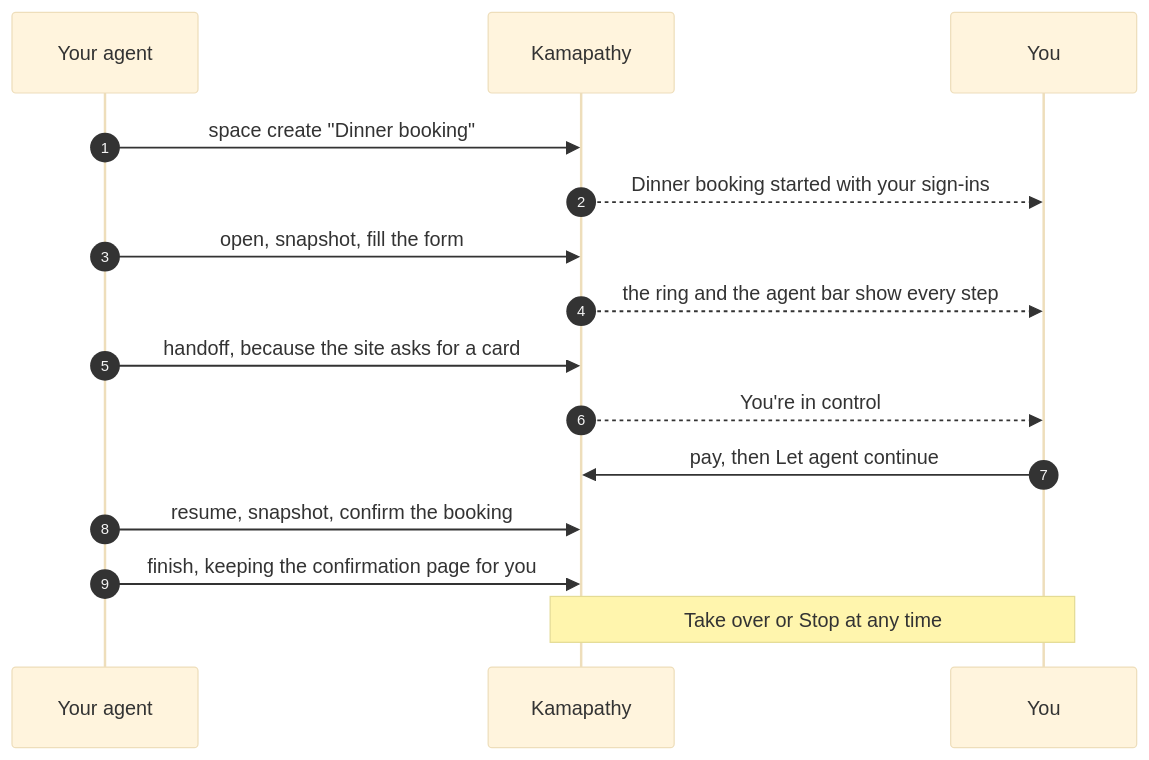
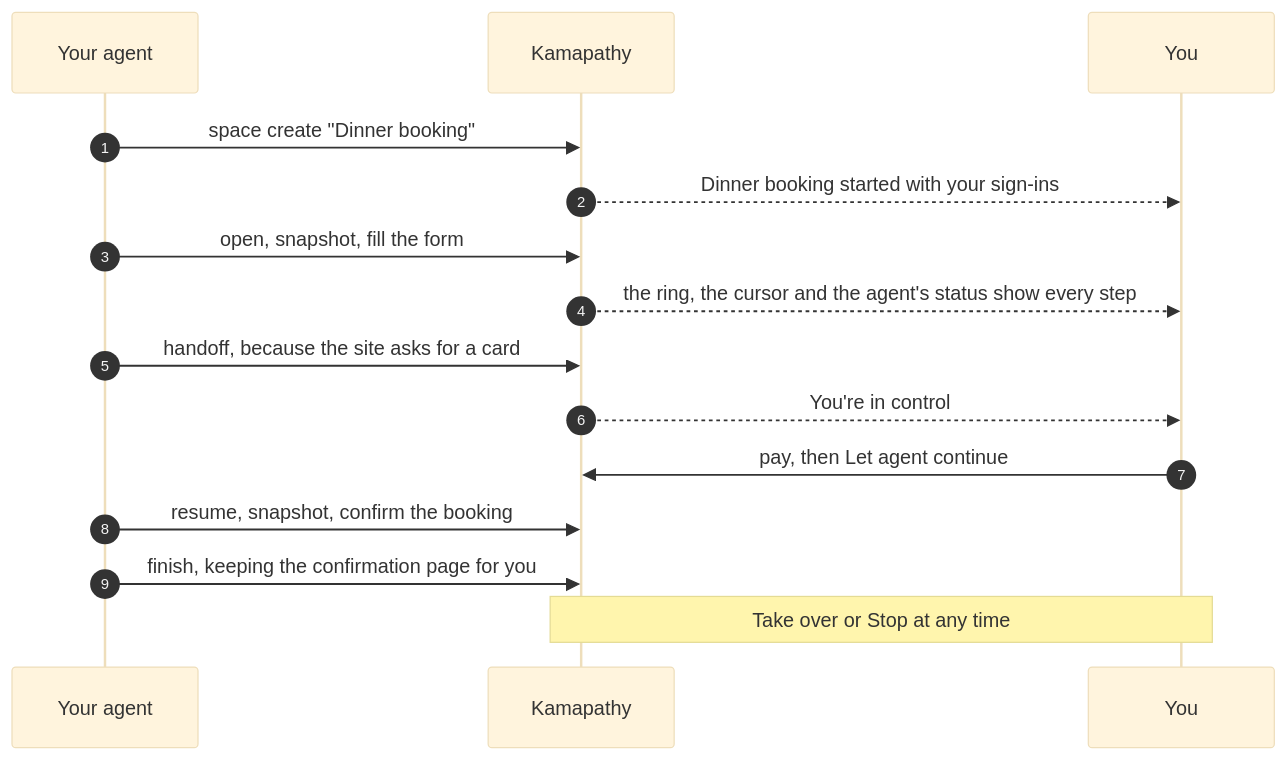
One commit to shayanmohd/kamapathy changed the diagram in README.md. Above: the diagram before and after it, drawn with Mermaid (base theme). The commit also changed other lines of this file and 9 other files, not shown here.

Commit message:
Document the agent's status, labels, cursor and the window that keeps running

````diff
--- a/README.md
+++ b/README.md
@@ -185,17 +185,17 @@
 ```mermaid
 sequenceDiagram
     autonumber
     participant A as Your agent
     participant K as Kamapathy
     participant Y as You
     A->>K: space create "Dinner booking"
     K-->>Y: Dinner booking started with your sign-ins
     A->>K: open, snapshot, fill the form
-    K-->>Y: the ring and the agent bar show every step
+    K-->>Y: the ring, the cursor and the agent's status show every step
     A->>K: handoff, because the site asks for a card
     K-->>Y: You're in control
     Y->>K: pay, then Let agent continue
     A->>K: resume, snapshot, confirm the booking
     A->>K: finish, keeping the confirmation page for you
     Note over Y,K: Take over or Stop at any time
 ```
````
